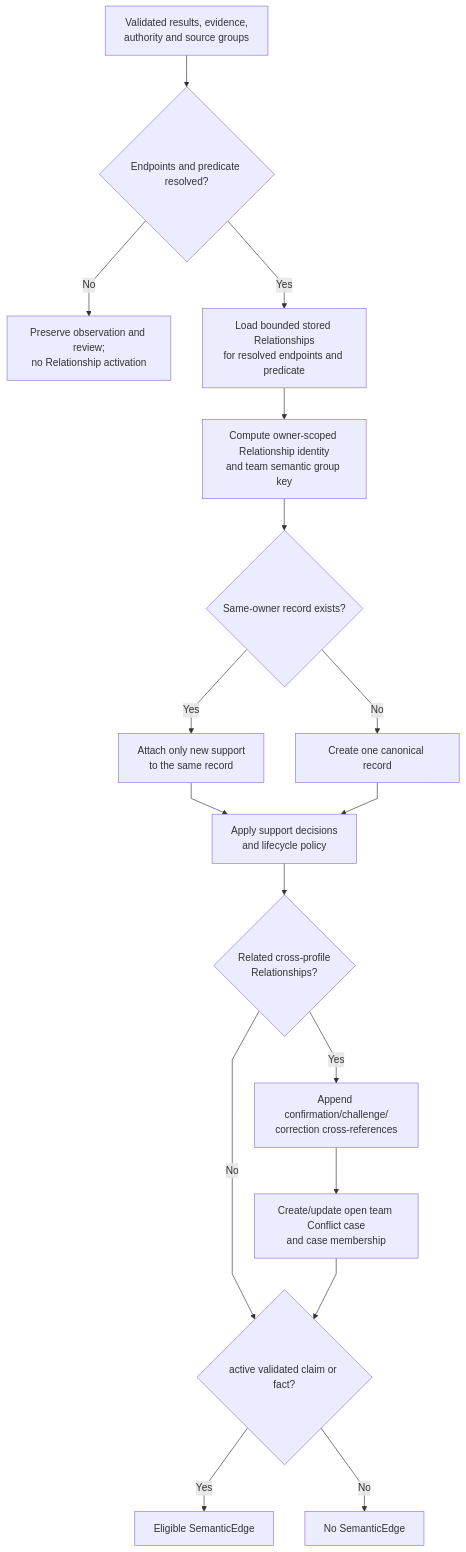
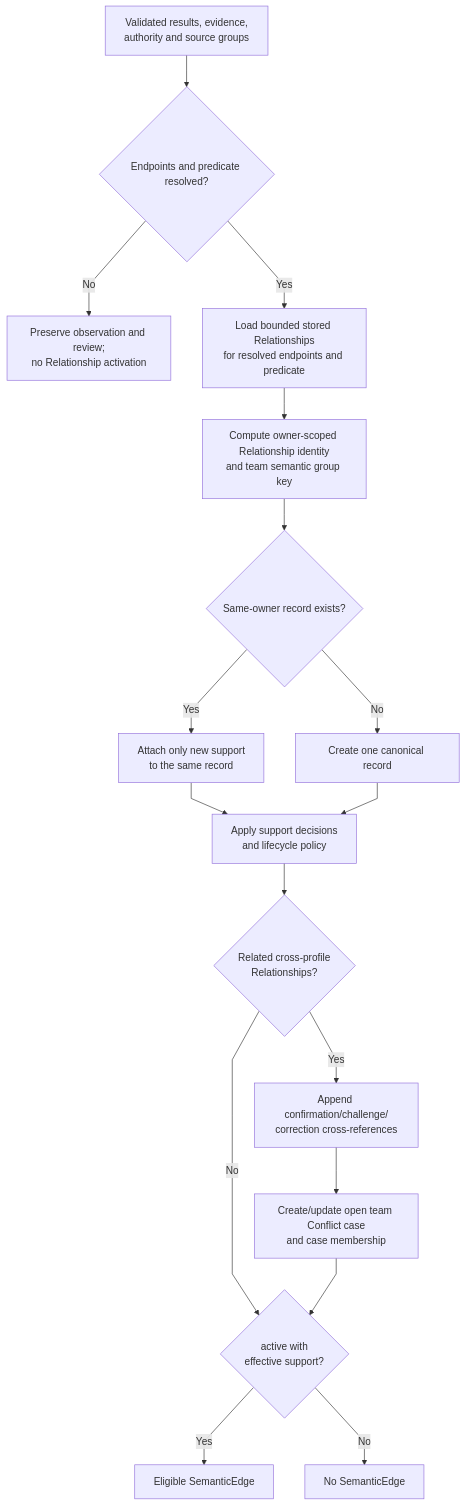
Before and after one commit to markhuangai/dense-mem: the tenth of 14 diagrams in Write-Pipeline.md, drawn with Mermaid. The commit also changed other lines of this file and 27 other files, not shown here.

Commit message:
Document tier-free Relationship architecture

````diff
--- a/Write-Pipeline.md
+++ b/Write-Pipeline.md
@@ -776,20 +776,20 @@
 ```mermaid
 %%{init: {"flowchart": {"curve": "linear"}}}%%
 flowchart TD
   Input["Validated results, evidence,<br/>authority and source groups"] --> Endpoints{"Endpoints and predicate resolved?"}
   Endpoints -- No --> Review["Preserve observation and review;<br/>no Relationship activation"]
   Endpoints -- Yes --> Stored["Load bounded stored Relationships<br/>for resolved endpoints and predicate"]
   Stored --> Identity["Compute owner-scoped Relationship identity<br/>and team semantic group key"]
   Identity --> Existing{"Same-owner record exists?"}
   Existing -- Yes --> Same["Attach only new support<br/>to the same record"]
   Existing -- No --> New["Create one canonical record"]
   Same --> Lifecycle["Apply support decisions<br/>and lifecycle policy"]
   New --> Lifecycle
   Lifecycle --> Cross{"Related cross-profile<br/>Relationships?"}
   Cross -- Yes --> Link["Append confirmation/challenge/<br/>correction cross-references"]
-  Cross -- No --> Eligible{"active validated claim or fact?"}
+  Cross -- No --> Eligible{"active with<br/>effective support?"}
   Link --> Case["Create/update open team Conflict case<br/>and case membership"]
   Case --> Eligible
   Eligible -- Yes --> Edge["Eligible SemanticEdge"]
   Eligible -- No --> Hidden["No SemanticEdge"]
 ```
````
